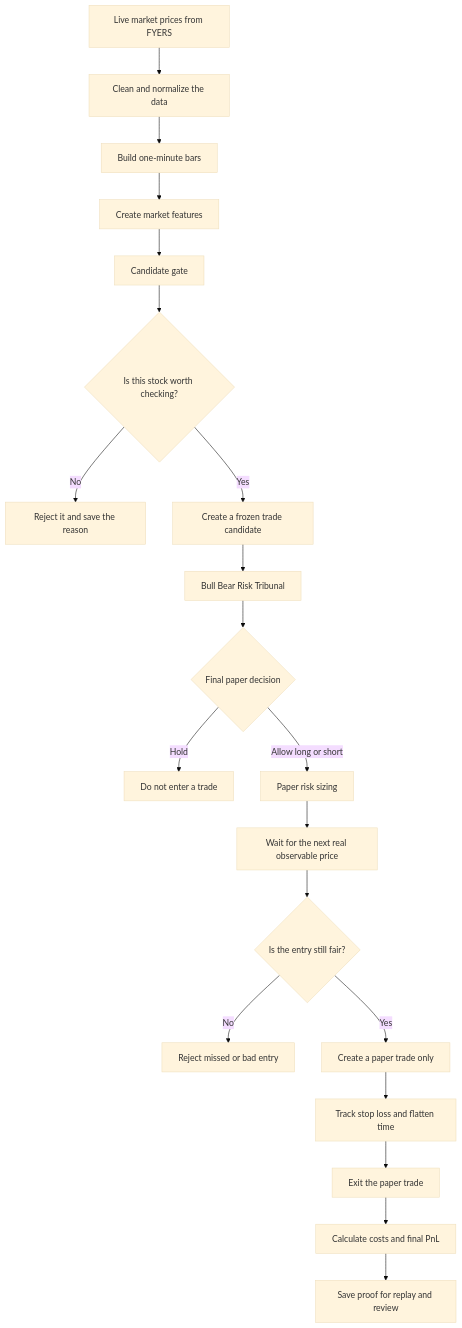
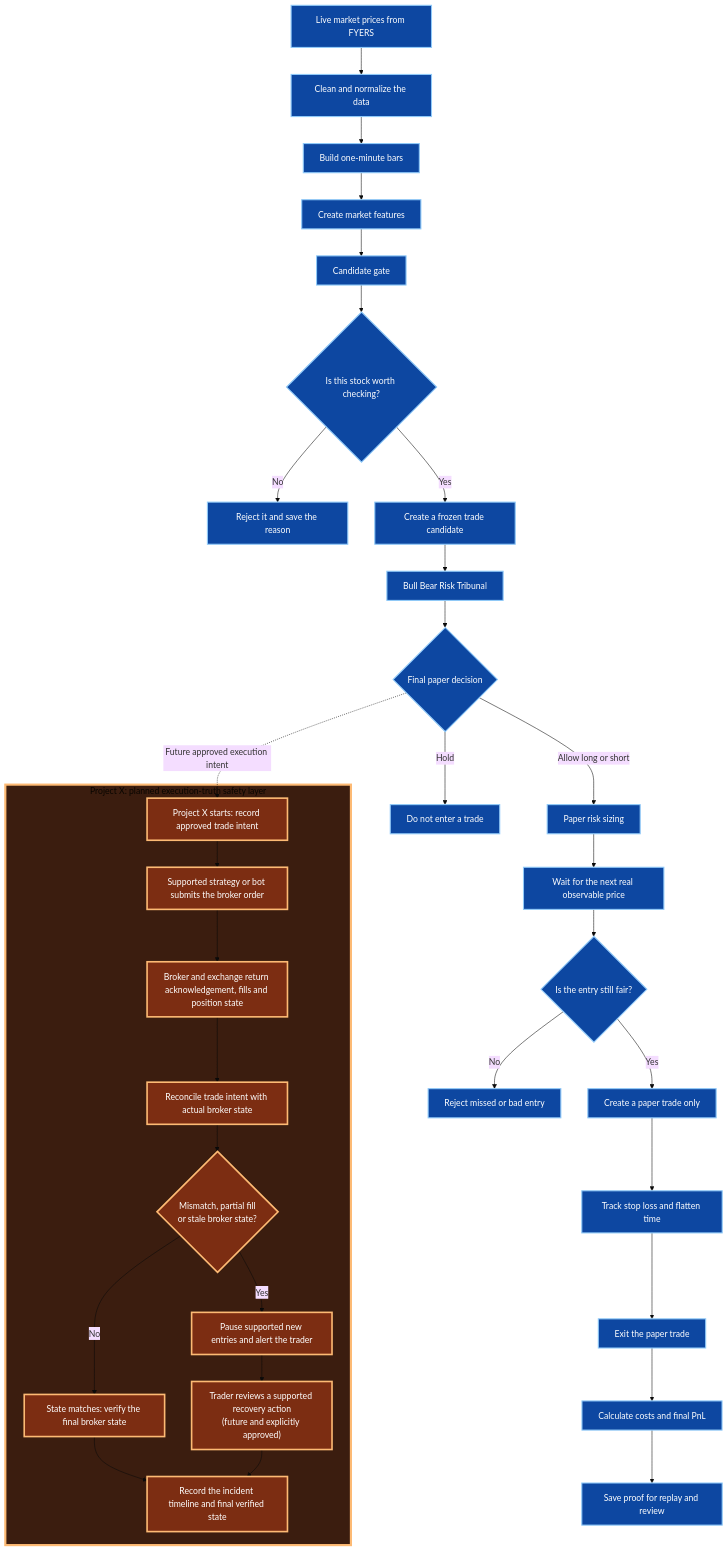
The diagram in README.md (Jayant-kernel/stage1-paper-trading-agent), drawn with Mermaid (base theme) before and after one commit. The commit also changed other lines of this file, not shown here.

Commit message:
docs: add Project X safety flow to diagram

````diff
--- a/README.md
+++ b/README.md
@@ -19,22 +21,46 @@
 ```mermaid
 flowchart TD
     A["Live market prices from FYERS"] --> B["Clean and normalize the data"]
     B --> C["Build one-minute bars"]
     C --> D["Create market features"]
     D --> E["Candidate gate"]
     E --> F{"Is this stock worth checking?"}
     F -->|No| G["Reject it and save the reason"]
     F -->|Yes| H["Create a frozen trade candidate"]
     H --> I["Bull Bear Risk Tribunal"]
     I --> J{"Final paper decision"}
     J -->|Hold| K["Do not enter a trade"]
     J -->|Allow long or short| L["Paper risk sizing"]
     L --> M["Wait for the next real observable price"]
     M --> N{"Is the entry still fair?"}
     N -->|No| O["Reject missed or bad entry"]
     N -->|Yes| P["Create a paper trade only"]
     P --> Q["Track stop loss and flatten time"]
     Q --> R["Exit the paper trade"]
     R --> S["Calculate costs and final PnL"]
     S --> T["Save proof for replay and review"]
+
+    J -.->|"Future approved execution intent"| X1
+
+    subgraph PROJECTX["Project X: planned execution-truth safety layer"]
+        X1["Project X starts: record approved trade intent"]
+        X2["Supported strategy or bot submits the broker order"]
+        X3["Broker and exchange return acknowledgement, fills and position state"]
+        X4["Reconcile trade intent with actual broker state"]
+        X5{"Mismatch, partial fill<br/>or stale broker state?"}
+        X6["State matches: verify the final broker state"]
+        X7["Pause supported new entries and alert the trader"]
+        X8["Trader reviews a supported recovery action<br/>(future and explicitly approved)"]
+        X9["Record the incident timeline and final verified state"]
+
+        X1 --> X2 --> X3 --> X4 --> X5
+        X5 -->|"No"| X6 --> X9
+        X5 -->|"Yes"| X7 --> X8 --> X9
+    end
+
+    classDef stageone fill:#0d47a1,stroke:#90caf9,color:#ffffff,stroke-width:2px;
+    classDef projectx fill:#7c2d12,stroke:#fdba74,color:#ffffff,stroke-width:3px;
+    class A,B,C,D,E,F,G,H,I,J,K,L,M,N,O,P,Q,R,S,T stageone;
+    class X1,X2,X3,X4,X5,X6,X7,X8,X9 projectx;
+    style PROJECTX fill:#3b1d0f,stroke:#fdba74,stroke-width:4px;
 ```
````
